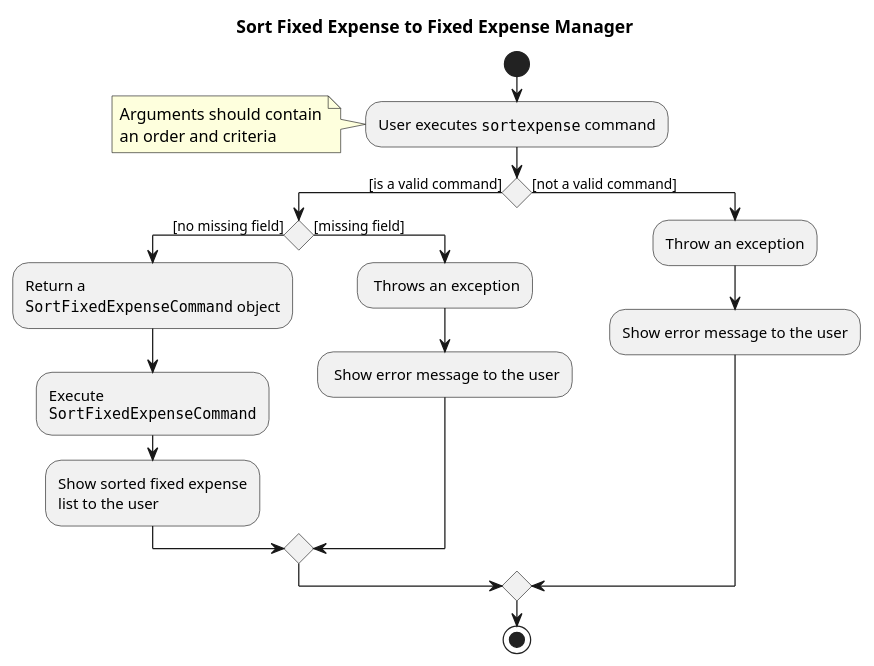
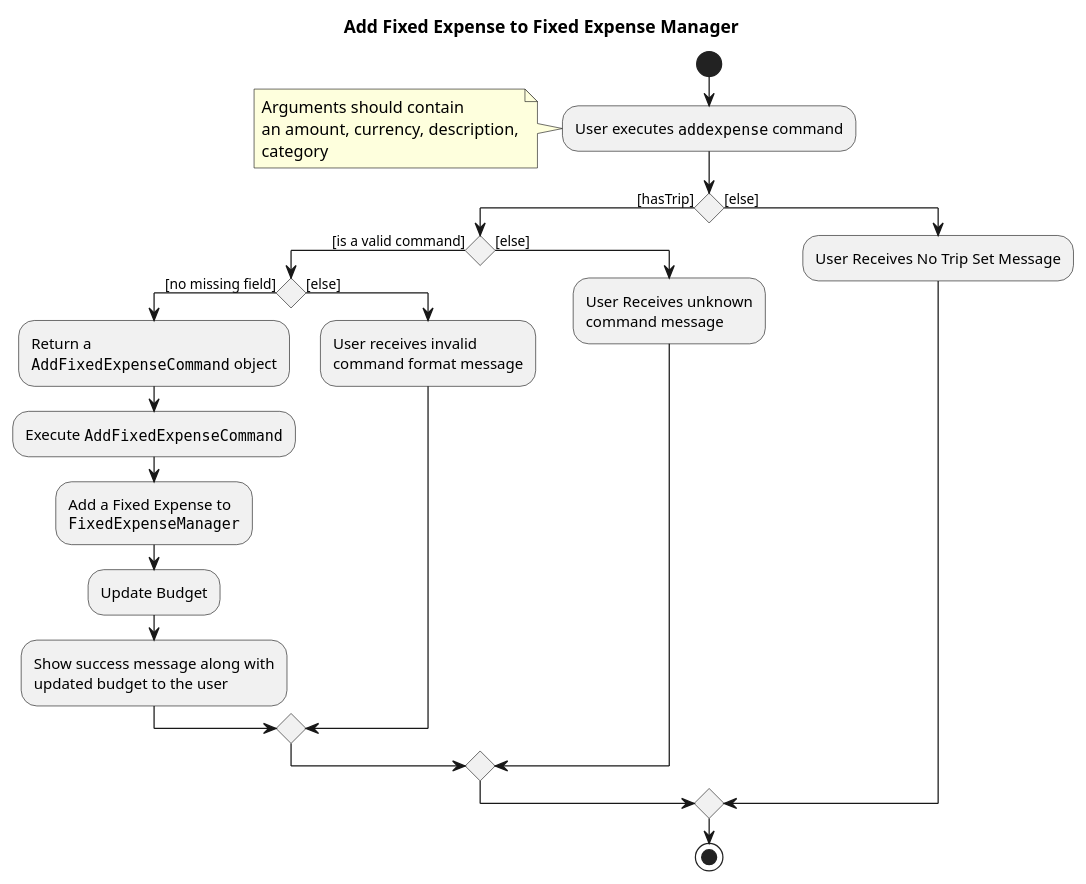
Before and after one commit to zenatrick/main: the diagram in docs/diagrams/fixedexpense/AddFixedExpenseActivityDiagram.puml, drawn with PlantUML. The commit also changed 2 other files, not shown here.

Commit message:
Add Activity Diagram for FixedExpense

```diff
--- a/docs/diagrams/fixedexpense/AddFixedExpenseActivityDiagram.puml
+++ b/docs/diagrams/fixedexpense/AddFixedExpenseActivityDiagram.puml
@@ -1,40 +1,52 @@
 @startuml
-title Sort Fixed Expense to Fixed Expense Manager
+title Add Fixed Expense to Fixed Expense Manager
 
 start
 
-:User executes ""sortexpense"" command;
+:User executes ""addexpense"" command;
 note left
   Arguments should contain
-  an order and criteria
+  an amount, currency, description,
+  category
 end note
 
+if () then ([hasTrip])
+
 if () then ([is a valid command])
-
 
     if () then ([no missing field])
 
             :Return a
-            ""SortFixedExpenseCommand"" object;
+            ""AddFixedExpenseCommand"" object;
 
-            :Execute
-            ""SortFixedExpenseCommand"";
+            :Execute ""AddFixedExpenseCommand"";
 
-            :Show sorted fixed expense
-            list to the user;
+            :Add a Fixed Expense to
+            ""FixedExpenseManager"";
 
-    else ([missing field])
-            : Throws an exception;
+            :Update Budget;
 
-            : Show error message to the user;
+            :Show success message along with
+            updated budget to the user;
+
+    else ([else])
+
+         :User receives invalid
+         command format message;
     endif
 
-else ([not a valid command])
-    :Throw an exception;
+else ([else])
+    :User Receives unknown
+    command message;
 
-    :Show error message to the user;
 endif
+
+else ([else])
+    :User Receives No Trip Set Message;
+
+endif
+
 
 stop
 
 @enduml
```
